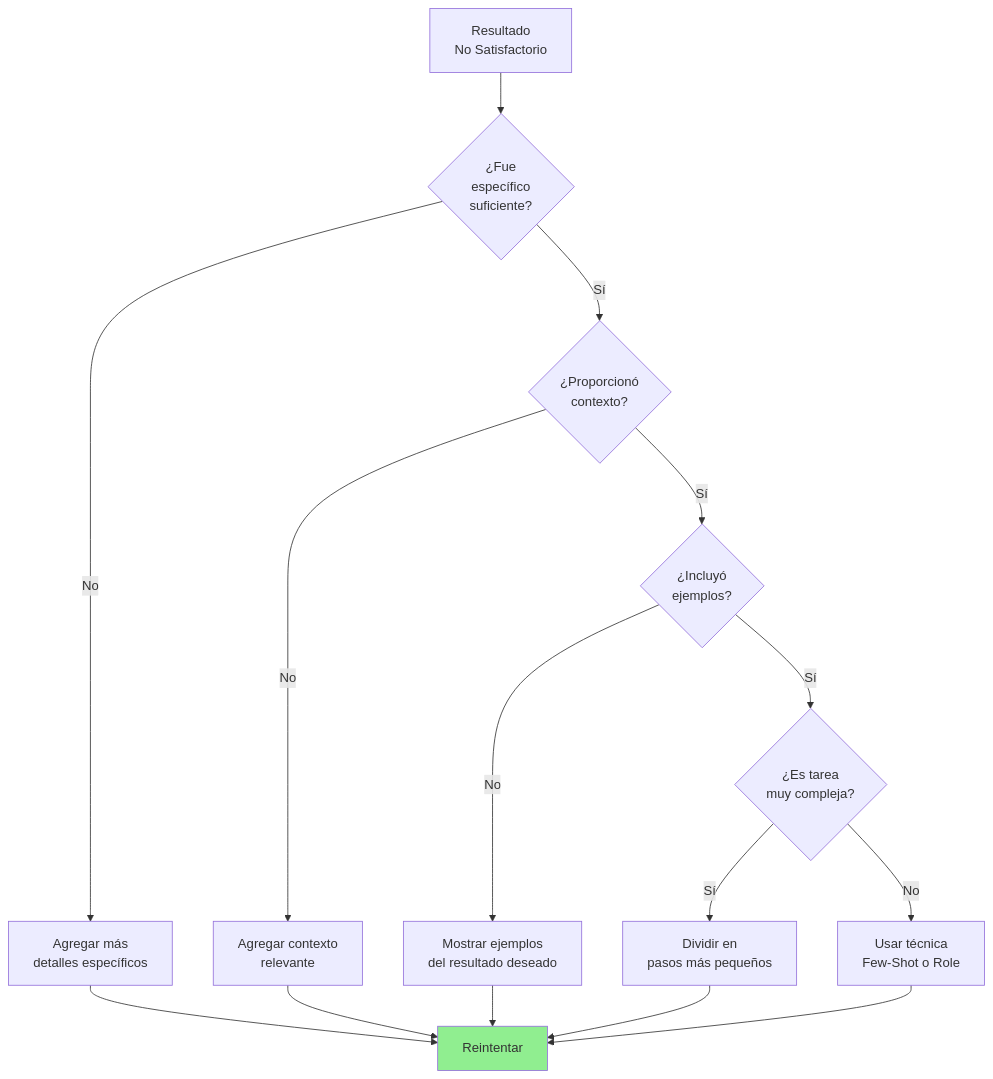
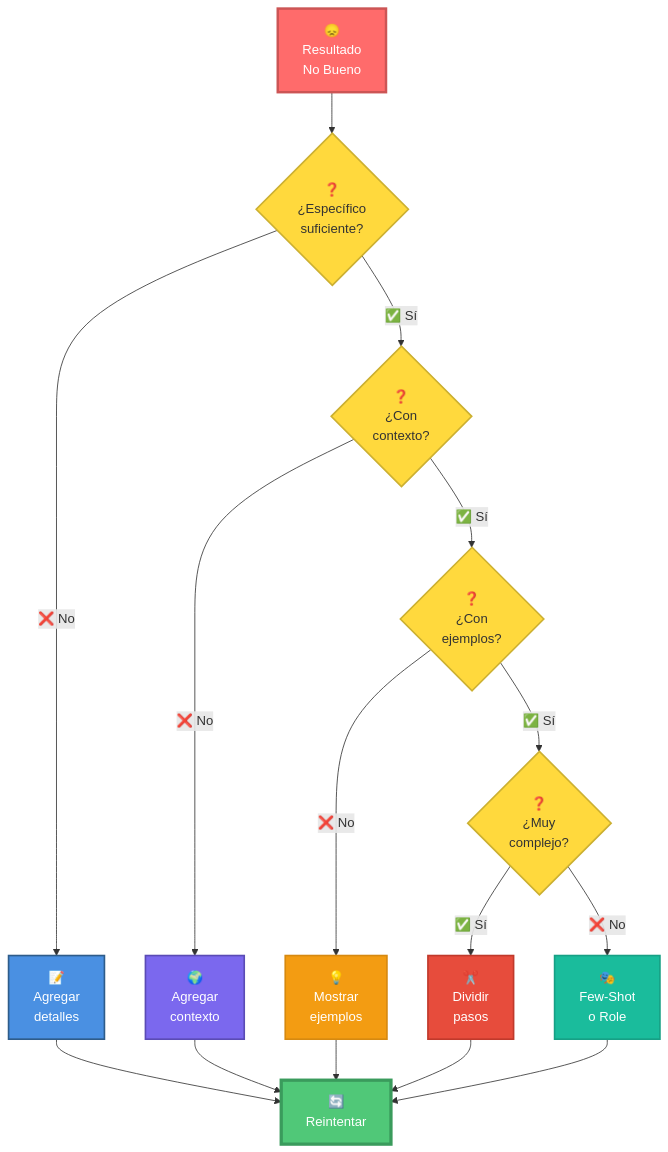
Before and after one commit to Ai-Whisperers/Courses-Content: diagram 16 of 18 in courses/🟡-development/FPUNA-2026/00-FUNDAMENTOS-PRINCIPALES/03-ingenieria-prompts.md, drawn with Mermaid. The commit also changed other lines of this file, not shown here.

First line of the commit message:
Complete remaining 5/18 diagrams in 03-ingenieria-prompts.md

````diff
--- a/courses/🟡-development/FPUNA-2026/00-FUNDAMENTOS-PRINCIPALES/03-ingenieria-prompts.md
+++ b/courses/🟡-development/FPUNA-2026/00-FUNDAMENTOS-PRINCIPALES/03-ingenieria-prompts.md
@@ -1174,24 +1186,34 @@
 ```mermaid
 flowchart TD
-    Start[Resultado<br/>No Satisfactorio] --> Q1{¿Fue<br/>específico<br/>suficiente?}
+    Start["😞<br/>Resultado<br/>No Bueno"] --> Q1{"❓<br/>¿Específico<br/>suficiente?"}
     
-    Q1 -->|No| Fix1[Agregar más<br/>detalles específicos]
-    Q1 -->|Sí| Q2{¿Proporcionó<br/>contexto?}
+    Q1 -->|"❌ No"| Fix1["📝<br/>Agregar<br/>detalles"]
+    Q1 -->|"✅ Sí"| Q2{"❓<br/>¿Con<br/>contexto?"}
     
-    Q2 -->|No| Fix2[Agregar contexto<br/>relevante]
-    Q2 -->|Sí| Q3{¿Incluyó<br/>ejemplos?}
+    Q2 -->|"❌ No"| Fix2["🌍<br/>Agregar<br/>contexto"]
+    Q2 -->|"✅ Sí"| Q3{"❓<br/>¿Con<br/>ejemplos?"}
     
-    Q3 -->|No| Fix3[Mostrar ejemplos<br/>del resultado deseado]
-    Q3 -->|Sí| Q4{¿Es tarea<br/>muy compleja?}
+    Q3 -->|"❌ No"| Fix3["💡<br/>Mostrar<br/>ejemplos"]
+    Q3 -->|"✅ Sí"| Q4{"❓<br/>¿Muy<br/>complejo?"}
     
-    Q4 -->|Sí| Fix4[Dividir en<br/>pasos más pequeños]
-    Q4 -->|No| Fix5[Usar técnica<br/>Few-Shot o Role]
+    Q4 -->|"✅ Sí"| Fix4["✂️<br/>Dividir<br/>pasos"]
+    Q4 -->|"❌ No"| Fix5["🎭<br/>Few-Shot<br/>o Role"]
     
-    Fix1 --> Retry[Reintentar]
+    Fix1 --> Retry["🔄<br/>Reintentar"]
     Fix2 --> Retry
     Fix3 --> Retry
     Fix4 --> Retry
     Fix5 --> Retry
     
-    style Retry fill:#90EE90
+    style Start fill:#FF6B6B,stroke:#CC5555,stroke-width:3px,color:#fff
+    style Q1 fill:#FFD93D,stroke:#CCB031,stroke-width:2px,color:#333
+    style Q2 fill:#FFD93D,stroke:#CCB031,stroke-width:2px,color:#333
+    style Q3 fill:#FFD93D,stroke:#CCB031,stroke-width:2px,color:#333
+    style Q4 fill:#FFD93D,stroke:#CCB031,stroke-width:2px,color:#333
+    style Fix1 fill:#4A90E2,stroke:#2E5C8A,stroke-width:2px,color:#fff
+    style Fix2 fill:#7B68EE,stroke:#5A4BB5,stroke-width:2px,color:#fff
+    style Fix3 fill:#F39C12,stroke:#D68910,stroke-width:2px,color:#fff
+    style Fix4 fill:#E74C3C,stroke:#C0392B,stroke-width:2px,color:#fff
+    style Fix5 fill:#1ABC9C,stroke:#16A085,stroke-width:2px,color:#fff
+    style Retry fill:#50C878,stroke:#3A9B5C,stroke-width:4px,color:#fff
 ```
````
